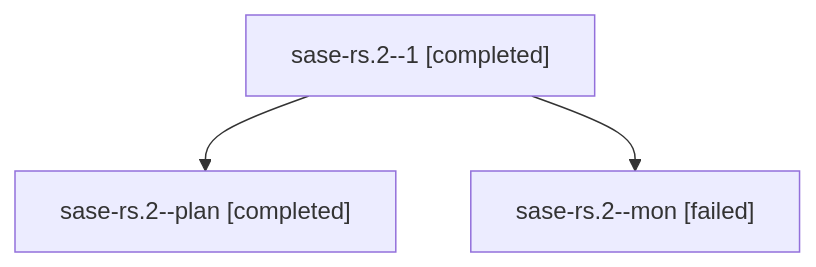
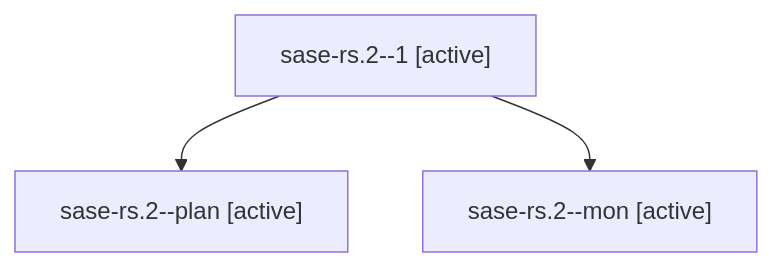
Before and after one commit to sase-org/sase--agents: the diagram in families/bbugyi200.athena.sase-rs.2.md, drawn with Mermaid. The commit also changed other lines of this file and 35830 other files, not shown here.

````diff
--- a/families/bbugyi200.athena.sase-rs.2.md
+++ b/families/bbugyi200.athena.sase-rs.2.md
@@ -9,8 +9,8 @@
 ```mermaid
 flowchart TD
-  n0["sase-rs.2--1 [completed]"]
-  n1["sase-rs.2--plan [completed]"]
+  n0["sase-rs.2--1 [active]"]
+  n1["sase-rs.2--plan [active]"]
   n0 --> n1
-  n2["sase-rs.2--mon [failed]"]
+  n2["sase-rs.2--mon [active]"]
   n0 --> n2
 ```
````
